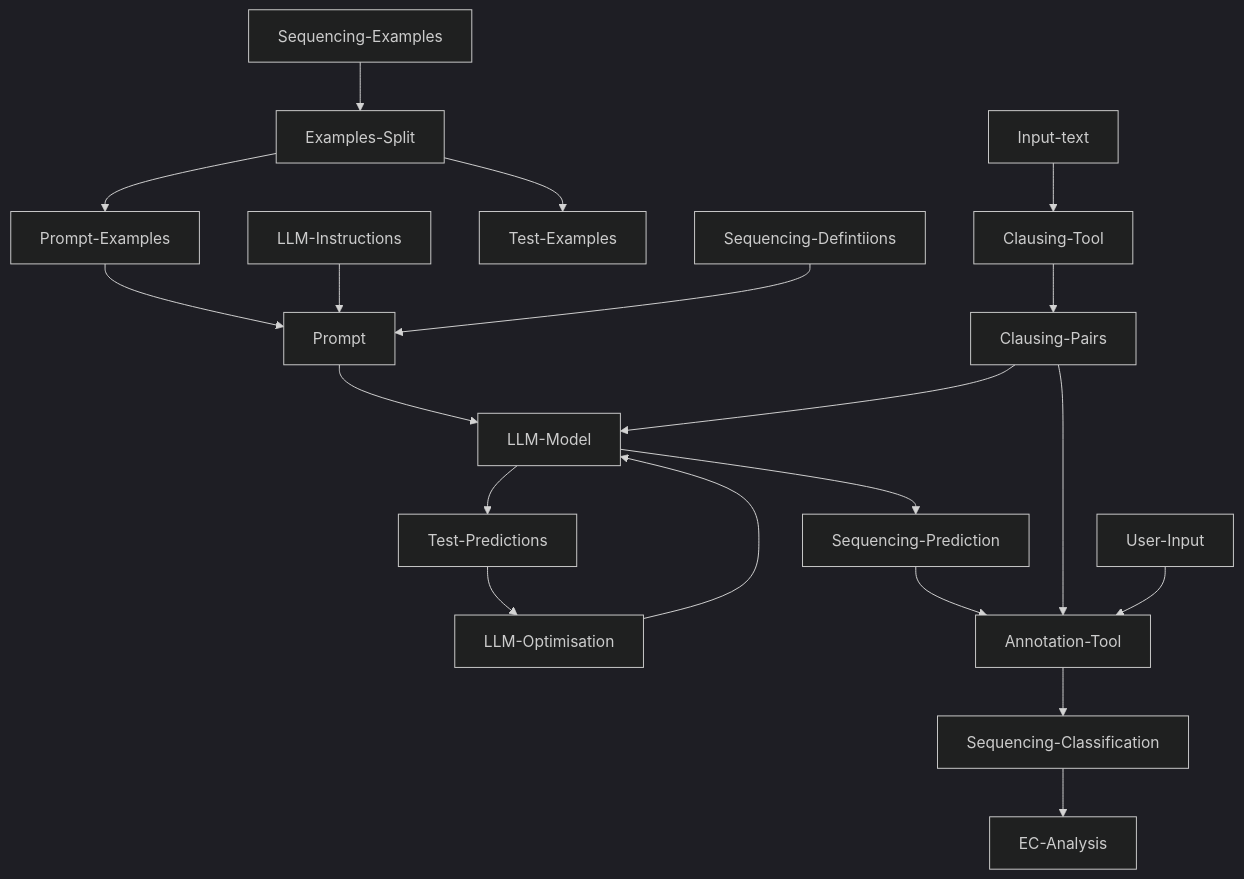
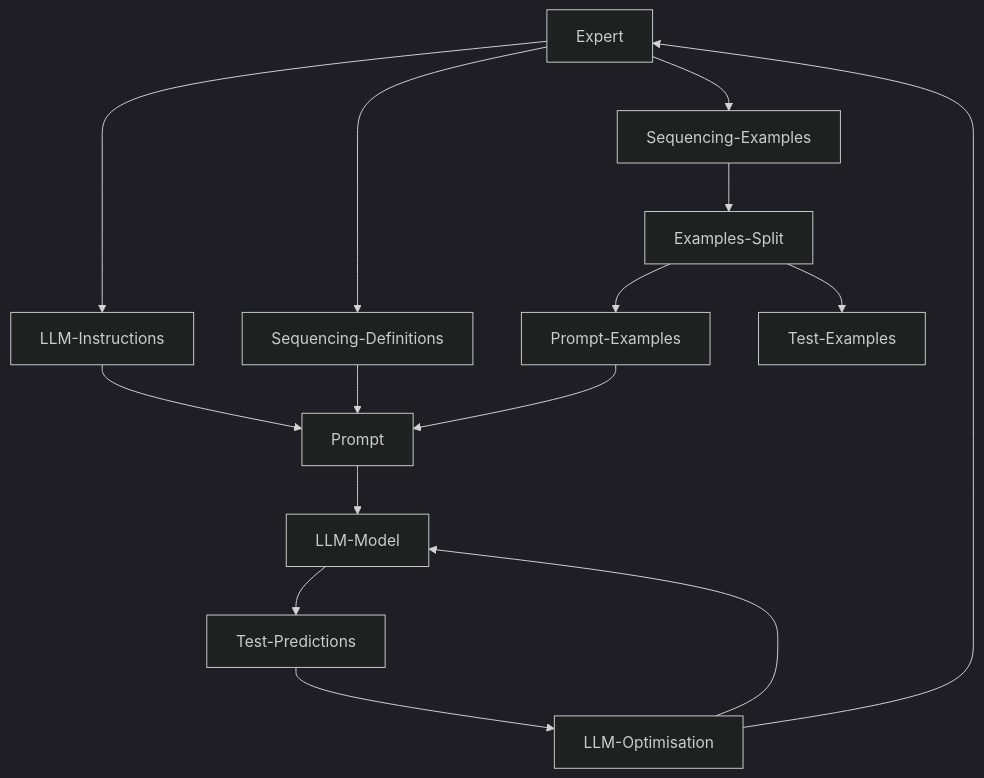
Before and after one commit to Sydney-Informatics-Hub/LLM-LCT-sequencing: the first of 2 diagrams in README.md, drawn with Mermaid (dark theme). The commit also changed other lines of this file, not shown here.

Commit message:
split graph in dev and production

````diff
--- a/README.md
+++ b/README.md
@@ -15,23 +18,21 @@
 ```mermaid
 graph TD
 
-Input-text --> Clausing-Tool
-Clausing-Tool --> Clausing-Pairs
+
+Expert --> LLM-Instructions
+Expert --> Sequencing-Definitions
+Expert --> Sequencing-Examples
 Sequencing-Examples --> Examples-Split
 Examples-Split --> Prompt-Examples
 Examples-Split --> Test-Examples
 Prompt-Examples --> Prompt
 LLM-Instructions --> Prompt
-Sequencing-Defintiions --> Prompt
+Sequencing-Definitions --> Prompt
 Prompt --> LLM-Model
-Clausing-Pairs --> LLM-Model
-LLM-Model --> Sequencing-Prediction
 LLM-Model --> Test-Predictions
 Test-Predictions --> LLM-Optimisation
+LLM-Optimisation --> Expert
 LLM-Optimisation --> LLM-Model
-Sequencing-Prediction --> Annotation-Tool
-Clausing-Pairs --> Annotation-Tool
-Annotation-Tool --> Sequencing-Classification
-User-Input --> Annotation-Tool
-Sequencing-Classification --> EC-Analysis
+
+
 ```
````
